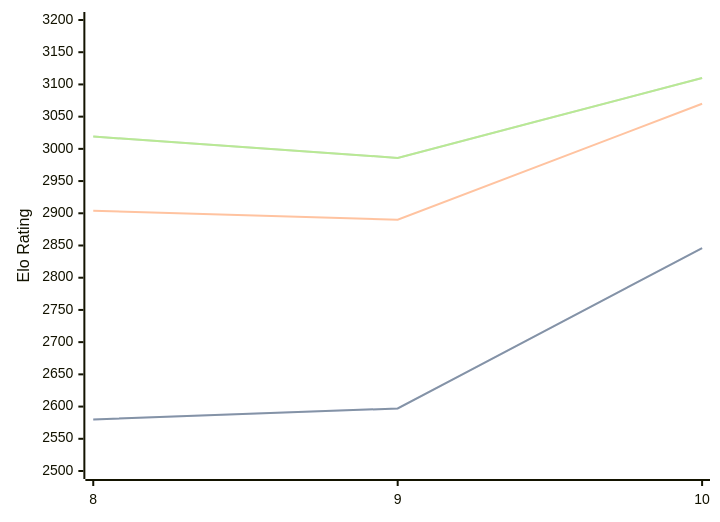
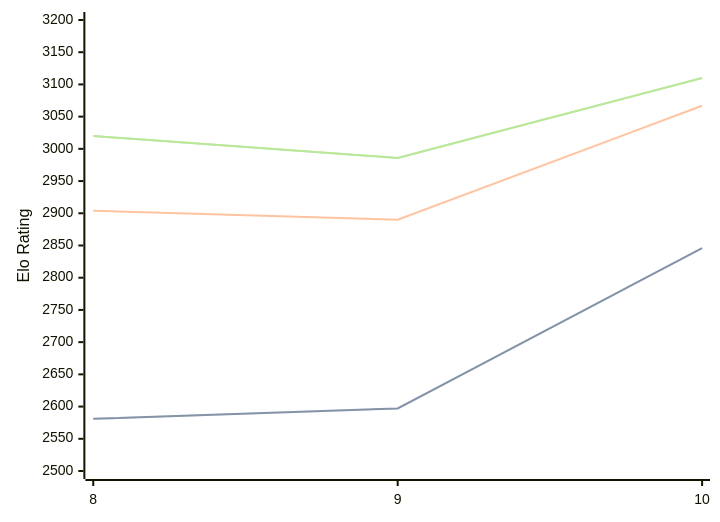
The diagram in engines/Lozza.md (computer-chess-index/cci), drawn with Mermaid before and after one commit. The commit also changed other lines of this file, not shown here.

Commit message:
Update CCI Ratings (ELO VLTC) - 2026-07-20

````diff
--- a/engines/Lozza.md
+++ b/engines/Lozza.md
@@ -41,11 +41,11 @@
 ```mermaid
 %%{init: {"theme":"base","themeVariables":{"seriesColors:['#a3a3a3','#222221','#faa371']}}}%%
 xychart-beta
   x-axis ["8", "9", "10"]
   y-axis "Elo Rating" 2500 --> 3200
-  line "STC (8.0+0.08s)" [2580, 2597, 2846]
-  line "STC (8.0+0.08s)" [2580, 2597, 2846]
-  line "LTC (60.0+0.60s)" [2904, 2890, 3070]
-  line "VLTC (2m24s+1.12s)" [3019, 2986, 3110]
-  line "VLTC (2m24s+1.12s)" [3019, 2986, 3110]
+  line "STC (8.0+0.08s)" [2581, 2597, 2846]
+  line "STC (8.0+0.08s)" [2581, 2597, 2846]
+  line "LTC (60.0+0.60s)" [2904, 2890, 3067]
+  line "VLTC (2m24s+1.12s)" [3020, 2986, 3110]
+  line "VLTC (2m24s+1.12s)" [3020, 2986, 3110]
 ```
````
